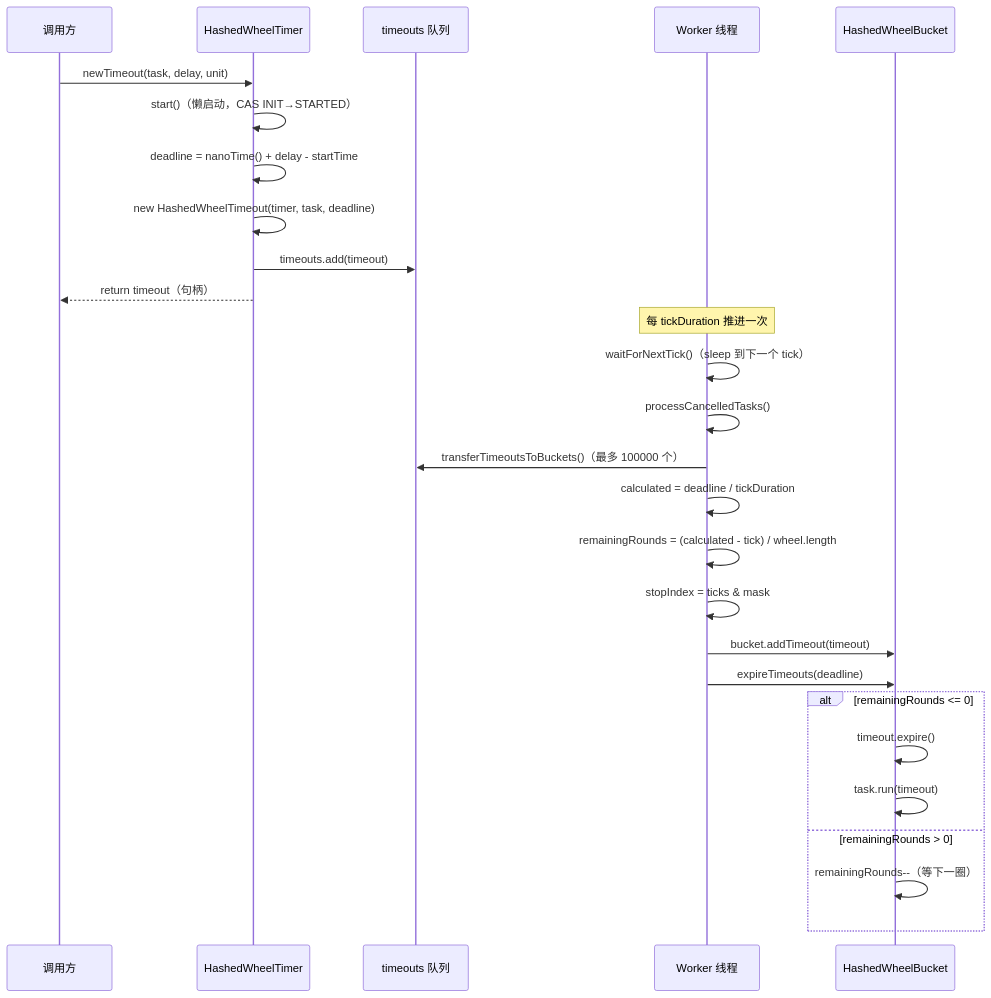
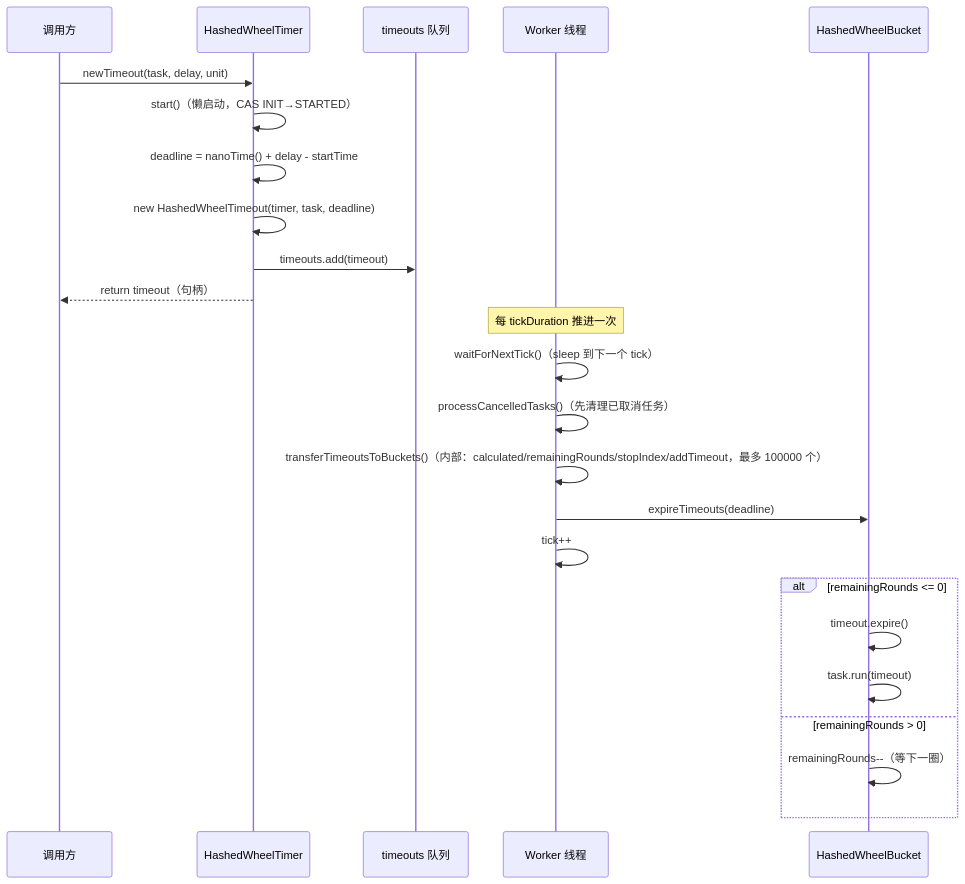
One commit to LoveEleve/JRAFT-1.3.12 changed the second of 4 diagrams in learn-md/11-concurrency-infra/S12-HashedWheelTimer.md. Above: the diagram before and after it, drawn with Mermaid. The commit also changed other lines of this file, not shown here.

Commit message:
S12 Re-Check Round3：修正10处错误（HashedWheelTimeout/Bucket行号偏差、reset()无参版本、destroy()推导链、SharedRef.synchronized、SharedTimer.stop()分支、时序图层级）

````diff
--- a/learn-md/11-concurrency-infra/S12-HashedWheelTimer.md
+++ b/learn-md/11-concurrency-infra/S12-HashedWheelTimer.md
@@ -203,32 +203,29 @@
 ```mermaid
 sequenceDiagram
     participant Caller as 调用方
     participant HWT as HashedWheelTimer
     participant Q as timeouts 队列
     participant W as Worker 线程
     participant B as HashedWheelBucket
 
     Caller->>HWT: newTimeout(task, delay, unit)
     HWT->>HWT: start()（懒启动，CAS INIT→STARTED）
     HWT->>HWT: deadline = nanoTime() + delay - startTime
     HWT->>HWT: new HashedWheelTimeout(timer, task, deadline)
     HWT->>Q: timeouts.add(timeout)
     HWT-->>Caller: return timeout（句柄）
 
     Note over W: 每 tickDuration 推进一次
     W->>W: waitForNextTick()（sleep 到下一个 tick）
-    W->>W: processCancelledTasks()
-    W->>Q: transferTimeoutsToBuckets()（最多 100000 个）
-    W->>W: calculated = deadline / tickDuration
-    W->>W: remainingRounds = (calculated - tick) / wheel.length
-    W->>W: stopIndex = ticks & mask
-    W->>B: bucket.addTimeout(timeout)
+    W->>W: processCancelledTasks()（先清理已取消任务）
+    W->>W: transferTimeoutsToBuckets()（内部：calculated/remainingRounds/stopIndex/addTimeout，最多 100000 个）
     W->>B: expireTimeouts(deadline)
+    W->>W: tick++
     
     alt remainingRounds <= 0
         B->>B: timeout.expire()
         B->>B: task.run(timeout)
     else remainingRounds > 0
         B->>B: remainingRounds--（等下一圈）
     end
 ```
````
